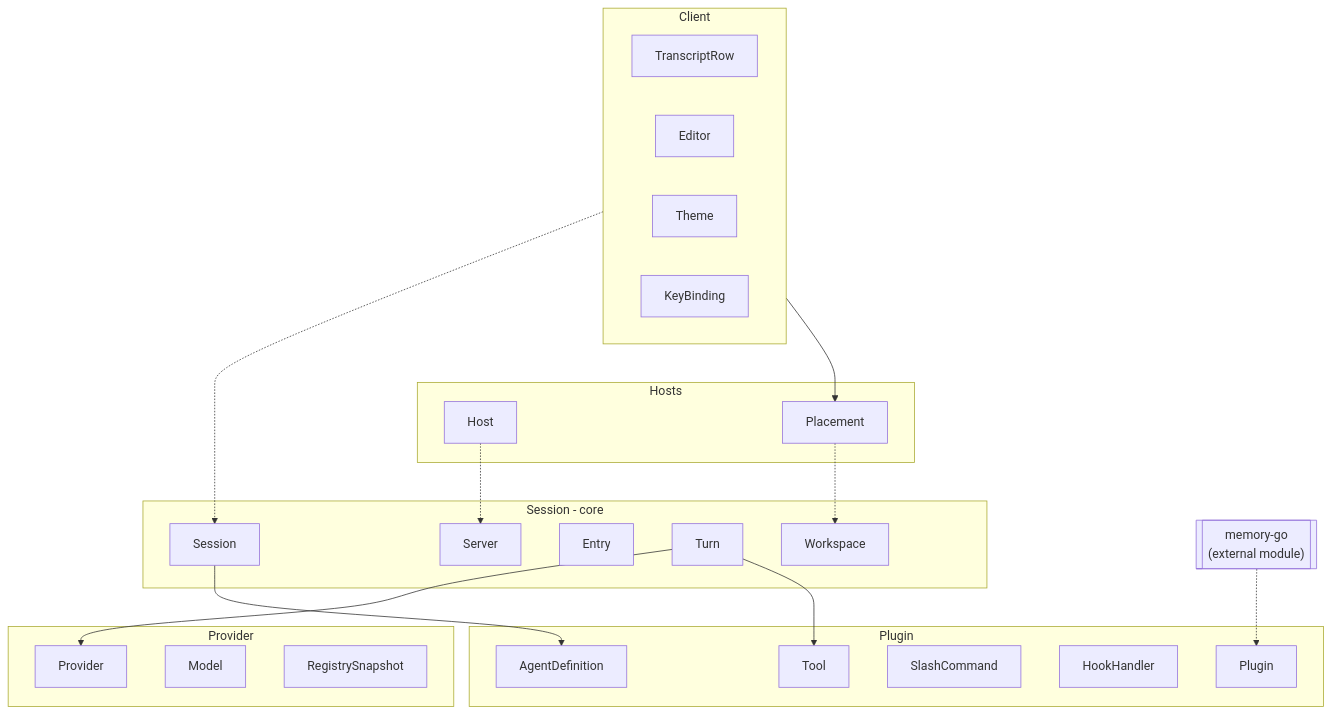
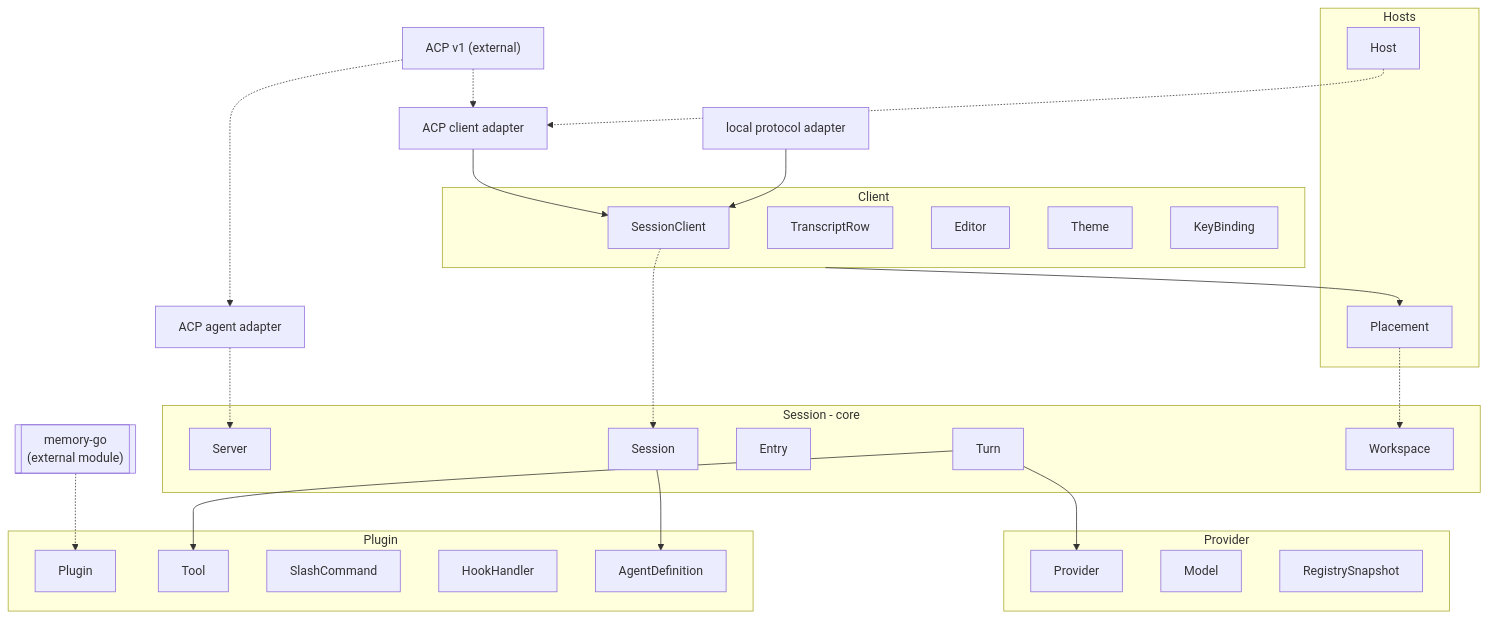
One commit to guygrigsby/rudy changed the first of 10 diagrams in docs/specs/rudy-domain-model.md. Above: the diagram before and after it, drawn with Mermaid. The commit also changed other lines of this file and 7 other files, not shown here.

````diff
--- a/docs/specs/rudy-domain-model.md
+++ b/docs/specs/rudy-domain-model.md
@@ -7,40 +11,46 @@
 ```mermaid
 flowchart TB
     subgraph SC["Session - core"]
         Server
         Session
         Entry
         Turn
         Workspace
     end
     subgraph PC["Provider"]
         Provider
         Model
         RegistrySnapshot
     end
     subgraph PL["Plugin"]
         Plugin
         Tool
         SlashCommand
         HookHandler
         AgentDefinition
     end
     subgraph CL["Client"]
+        SessionClient
         TranscriptRow
         Editor
         Theme
         KeyBinding
     end
     subgraph HO["Hosts"]
         Host
         Placement
     end
-    CL -.-> Session
+    ACPC["ACP client adapter"] --> SessionClient
+    LOCAL["local protocol adapter"] --> SessionClient
+    SessionClient -.-> Session
     CL --> Placement
-    Host -.-> Server
+    ACP["ACP v1 (external)"] -.-> ACPC
+    ACP -.-> ACPA["ACP agent adapter"]
+    ACPA -.-> Server
+    Host -.-> ACPC
     Placement -.-> Workspace
     MEM[["memory-go<br/>(external module)"]] -.-> Plugin
     Turn --> Provider
     Turn --> Tool
     Session --> AgentDefinition
 ```
````
